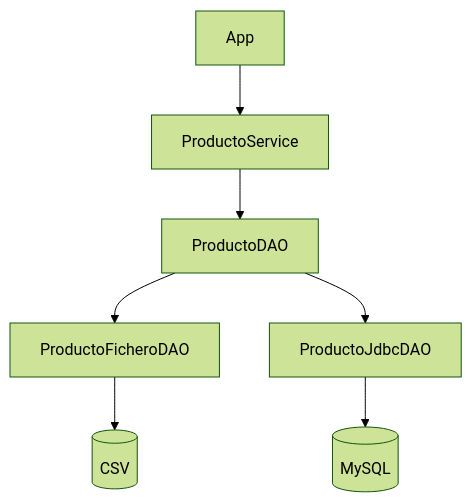
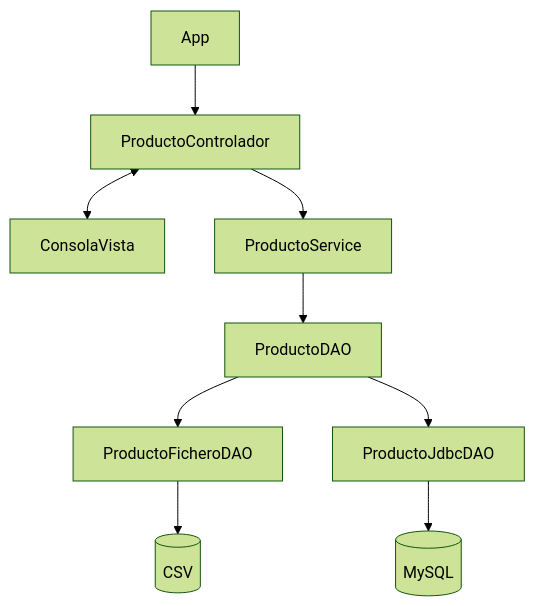
One commit to rlrprofe/AD-2627 changed the diagram in docs/ut3/05-componentes-jdbc.md. Above: the diagram before and after it, drawn with Mermaid (forest theme). The commit also changed other lines of this file and 9 other files, not shown here.

````diff
--- a/docs/ut3/05-componentes-jdbc.md
+++ b/docs/ut3/05-componentes-jdbc.md
@@ -17,9 +17,11 @@
 ```mermaid
 flowchart TD
-    A[App] --> B[ProductoService]
+    A[App] --> K[ProductoControlador]
+    K <--> V[ConsolaVista]
+    K --> B[ProductoService]
     B --> C[ProductoDAO]
     C --> D[ProductoFicheroDAO]
     C --> E[ProductoJdbcDAO]
     D --> F[(CSV)]
     E --> G[(MySQL)]
 ```
````
